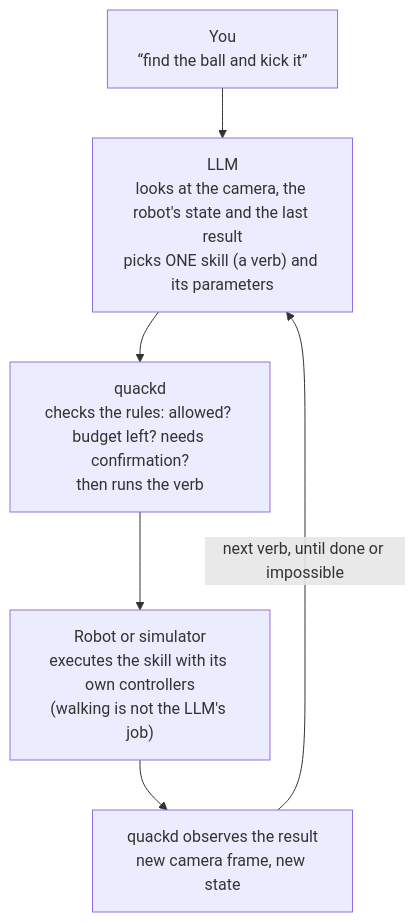
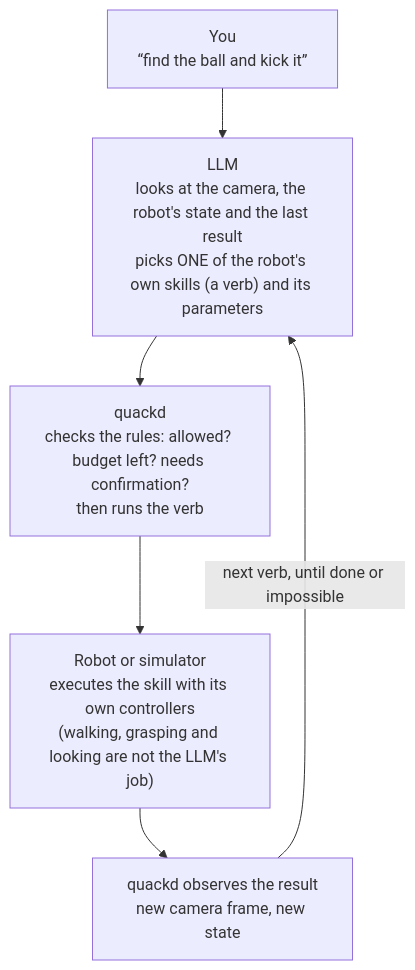
The first of 3 diagrams in README.md (gianlucamazza/quackd), drawn with Mermaid before and after one commit. The commit also changed other lines of this file and 2 other files, not shown here.

````diff
--- a/README.md
+++ b/README.md
@@ -81,10 +88,10 @@
 ```mermaid
 flowchart TD
     YOU["You<br/>“find the ball and kick it”"]
-    LLM["LLM<br/>looks at the camera, the robot's state and the last result<br/>picks ONE skill (a verb) and its parameters"]
+    LLM["LLM<br/>looks at the camera, the robot's state and the last result<br/>picks ONE of the robot's own skills (a verb) and its parameters"]
     Q["quackd<br/>checks the rules: allowed? budget left? needs confirmation?<br/>then runs the verb"]
-    R["Robot or simulator<br/>executes the skill with its own controllers<br/>(walking is not the LLM's job)"]
+    R["Robot or simulator<br/>executes the skill with its own controllers<br/>(walking, grasping and looking are not the LLM's job)"]
     O["quackd observes the result<br/>new camera frame, new state"]
     YOU --> LLM --> Q --> R --> O
     O -- "next verb, until done or impossible" --> LLM
 ```
````
